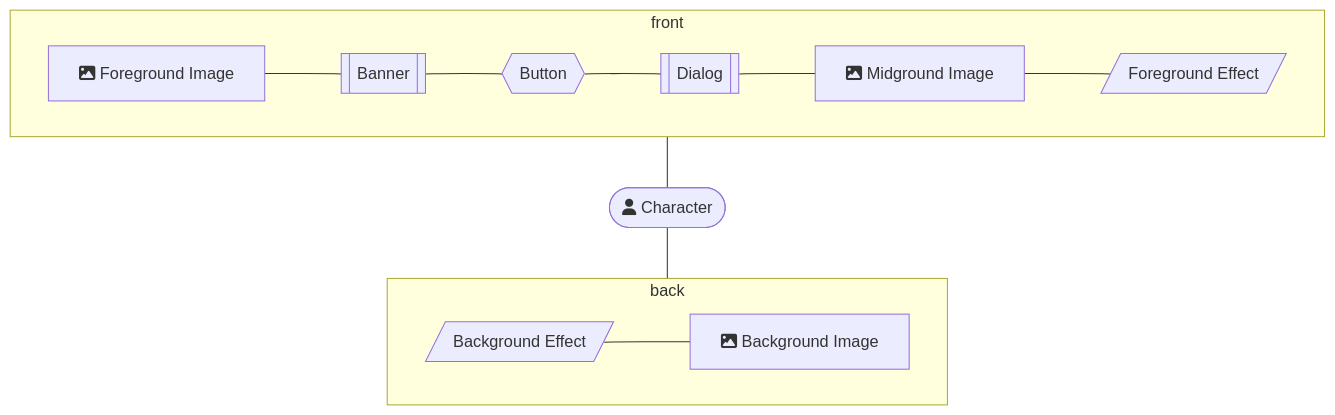
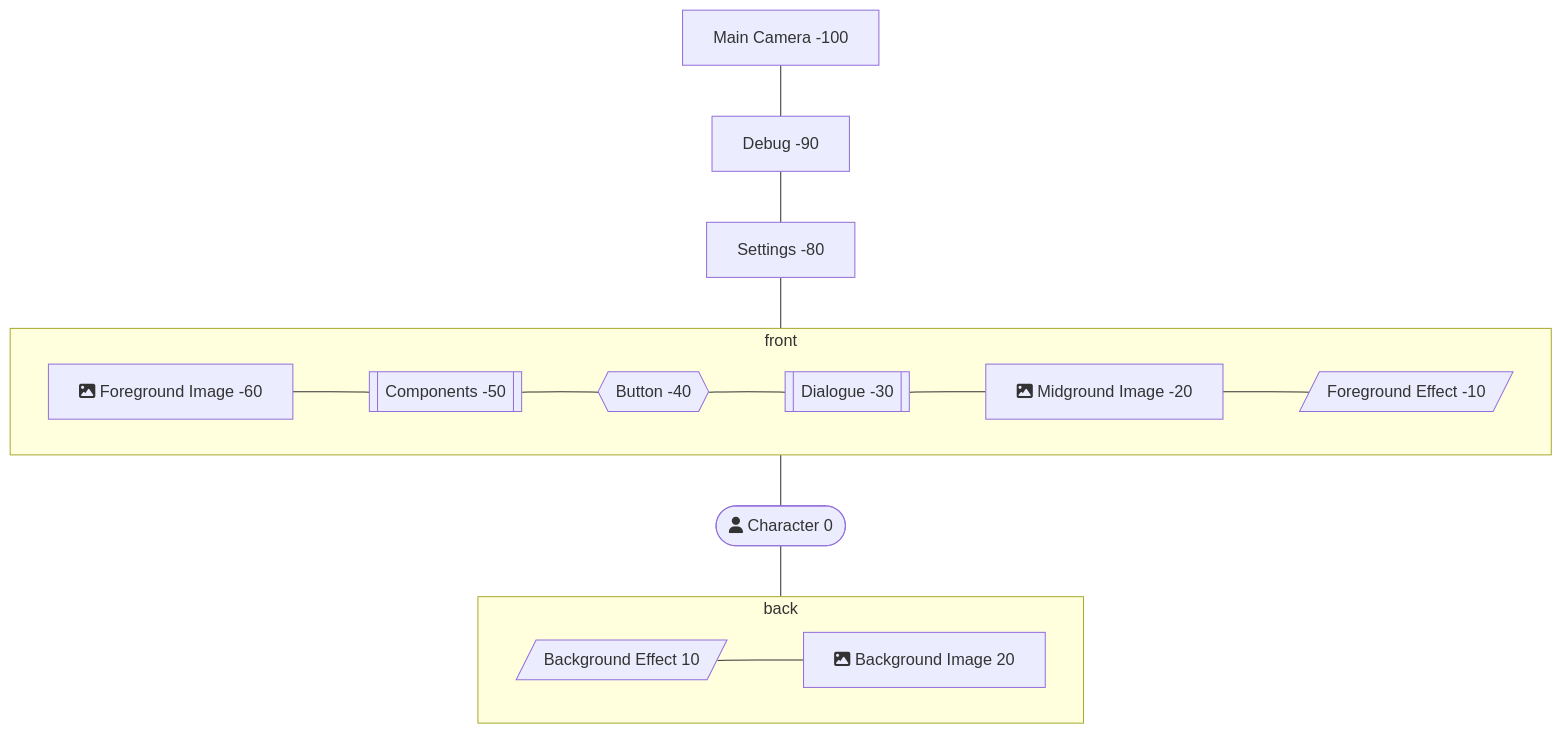
One commit to ArisStudio/ArisStudio_Legacy changed the diagram in docs/contribute/new-content.md. Above: the diagram before and after it, drawn with Mermaid. The commit also changed 12 other files, not shown here.

````diff
--- a/docs/contribute/new-content.md
+++ b/docs/contribute/new-content.md
@@ -7,25 +7,30 @@
 ```mermaid
 flowchart TD
-fg[fa:fa-image Foreground Image]
-md[fa:fa-image Midground Image]
-bg[fa:fa-image Background Image]
 
-char([fa:fa-user Character])
+MainCamera[Main Camera -100]
+debug[Debug -90]
+settings[Settings -80]
 
-fe[/Foreground Effect/]
-be[/Background Effect/]
+fg[fa:fa-image Foreground Image -60]
+md[fa:fa-image Midground Image -20]
+bg[fa:fa-image Background Image 20]
 
-btn{{Button}}
-dialog[[Dialog]]
-banner[[Banner]]
+char([fa:fa-user Character 0])
+
+fe[/Foreground Effect -10/]
+be[/Background Effect 10/]
+
+btn{{Button -40}}
+dialog[[Dialogue -30]]
+components[[Components -50]]
 
 subgraph front
-fg --- banner --- btn --- dialog --- md --- fe
+fg --- components --- btn --- dialog --- md --- fe
 end
 
-front --- char --- back
+MainCamera --- debug --- settings --- front --- char --- back
 
 subgraph back
 be --- bg
 end
 ```
````
